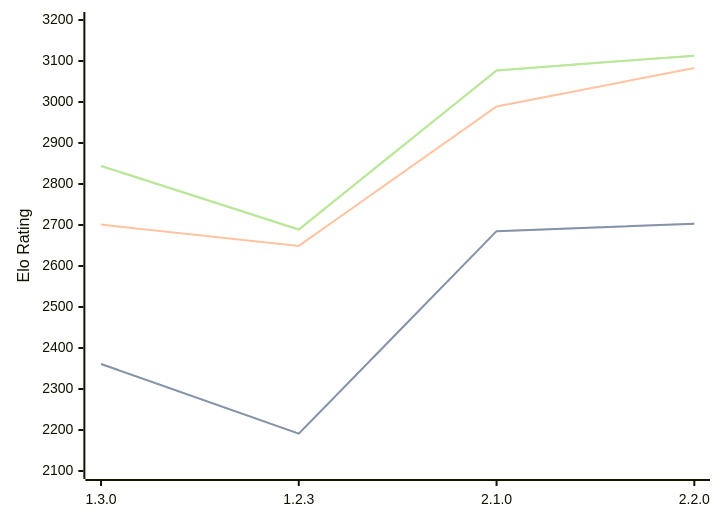
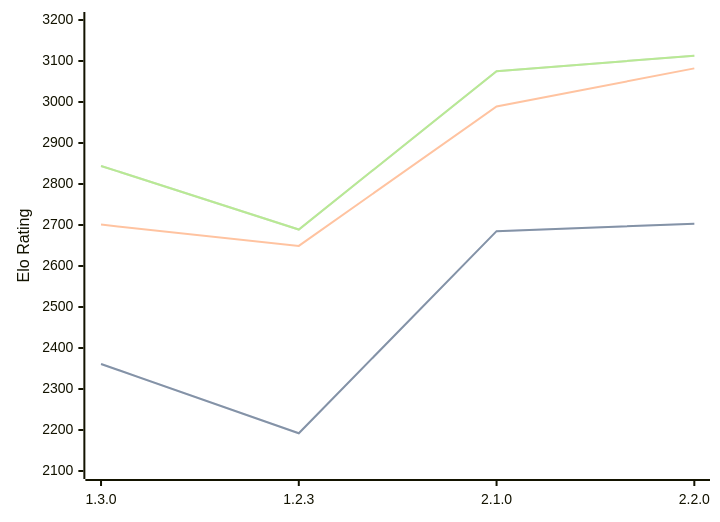
Before and after one commit to computer-chess-index/cci: the diagram in engines/Aspen.md, drawn with Mermaid. The commit also changed other lines of this file, not shown here.

Commit message:
Update CCI Ratings (ELO VLTC) - 2026-09-01

````diff
--- a/engines/Aspen.md
+++ b/engines/Aspen.md
@@ -43,11 +43,11 @@
 ```mermaid
 %%{init: {"theme":"base","themeVariables":{"seriesColors:['#a3a3a3','#222221','#faa371']}}}%%
 xychart-beta
   x-axis ["1.3.0", "1.2.3", "2.1.0", "2.2.0"]
   y-axis "Elo Rating" 2100 --> 3200
-  line "" [2361, 2191, 2685, 2703]
-  line "STC (8.0+0.08s)" [2361, 2191, 2685, 2703]
-  line "LTC (60.0+0.60s)" [2701, 2649, 2989, 3083]
-  line "" [2844, 2689, 3077, 3113]
-  line "VLTC (2m24s+1.12s)" [2844, 2689, 3077, 3113]
+  line "" [2361, 2192, 2685, 2703]
+  line "STC (8.0+0.08s)" [2361, 2192, 2685, 2703]
+  line "LTC (60.0+0.60s)" [2701, 2649, 2989, 3082]
+  line "" [2844, 2689, 3075, 3113]
+  line "VLTC (2m24s+1.12s)" [2844, 2689, 3075, 3113]
 ```
````
